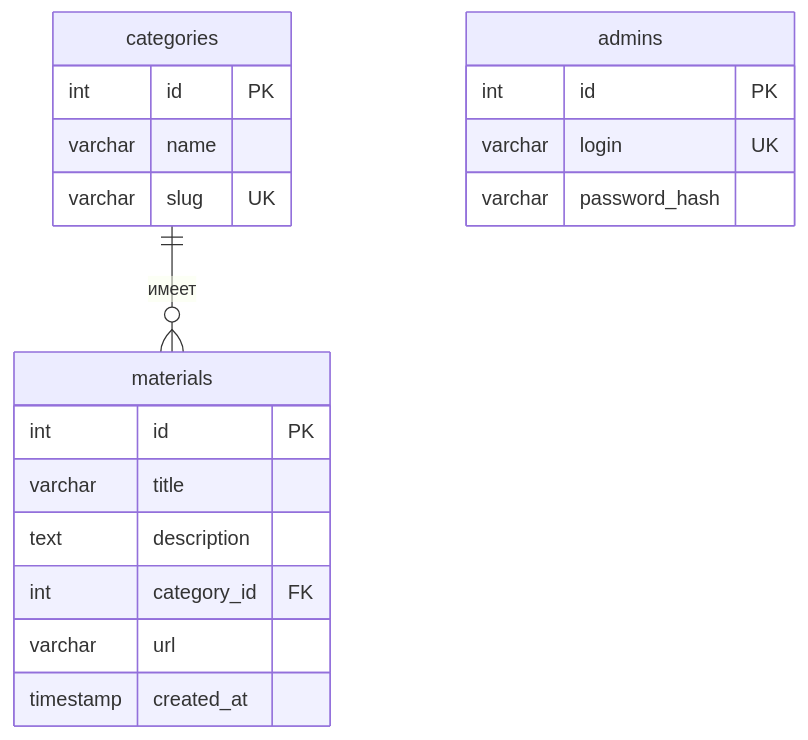
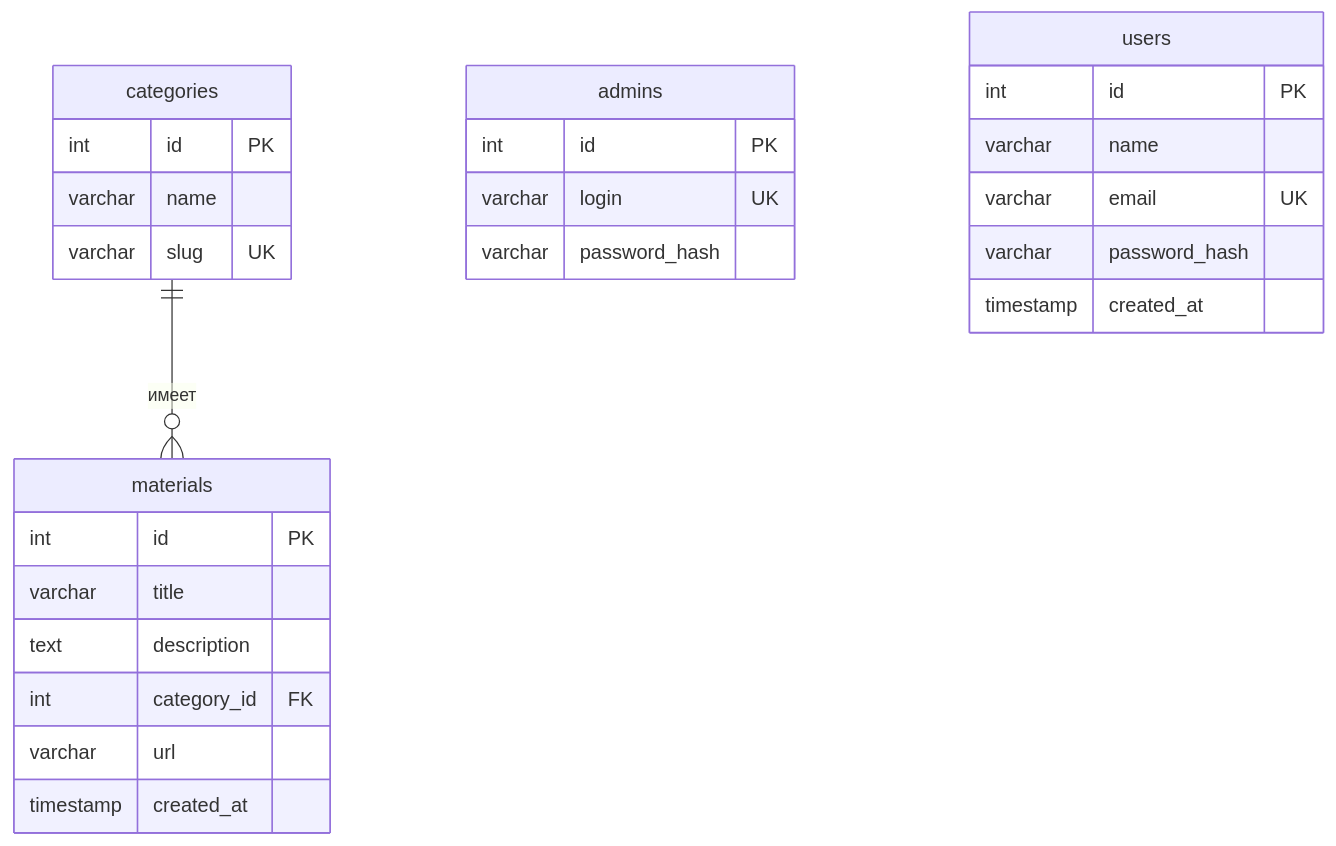
Before and after one commit to Ramzik257/college-materials: the diagram in docs/database-schema.md, drawn with Mermaid. The commit also changed other lines of this file and 10 other files, not shown here.

````diff
--- a/docs/database-schema.md
+++ b/docs/database-schema.md
@@ -5,22 +5,29 @@
 ```mermaid
 erDiagram
   categories ||--o{ materials : "имеет"
   categories {
     int id PK
     varchar name
     varchar slug UK
   }
   materials {
     int id PK
     varchar title
     text description
     int category_id FK
     varchar url
     timestamp created_at
   }
   admins {
     int id PK
     varchar login UK
     varchar password_hash
   }
+  users {
+    int id PK
+    varchar name
+    varchar email UK
+    varchar password_hash
+    timestamp created_at
+  }
 ```
````
